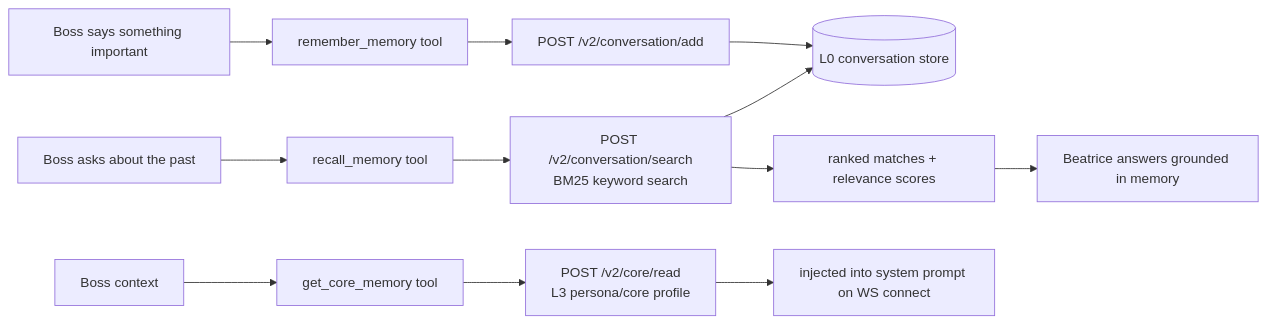
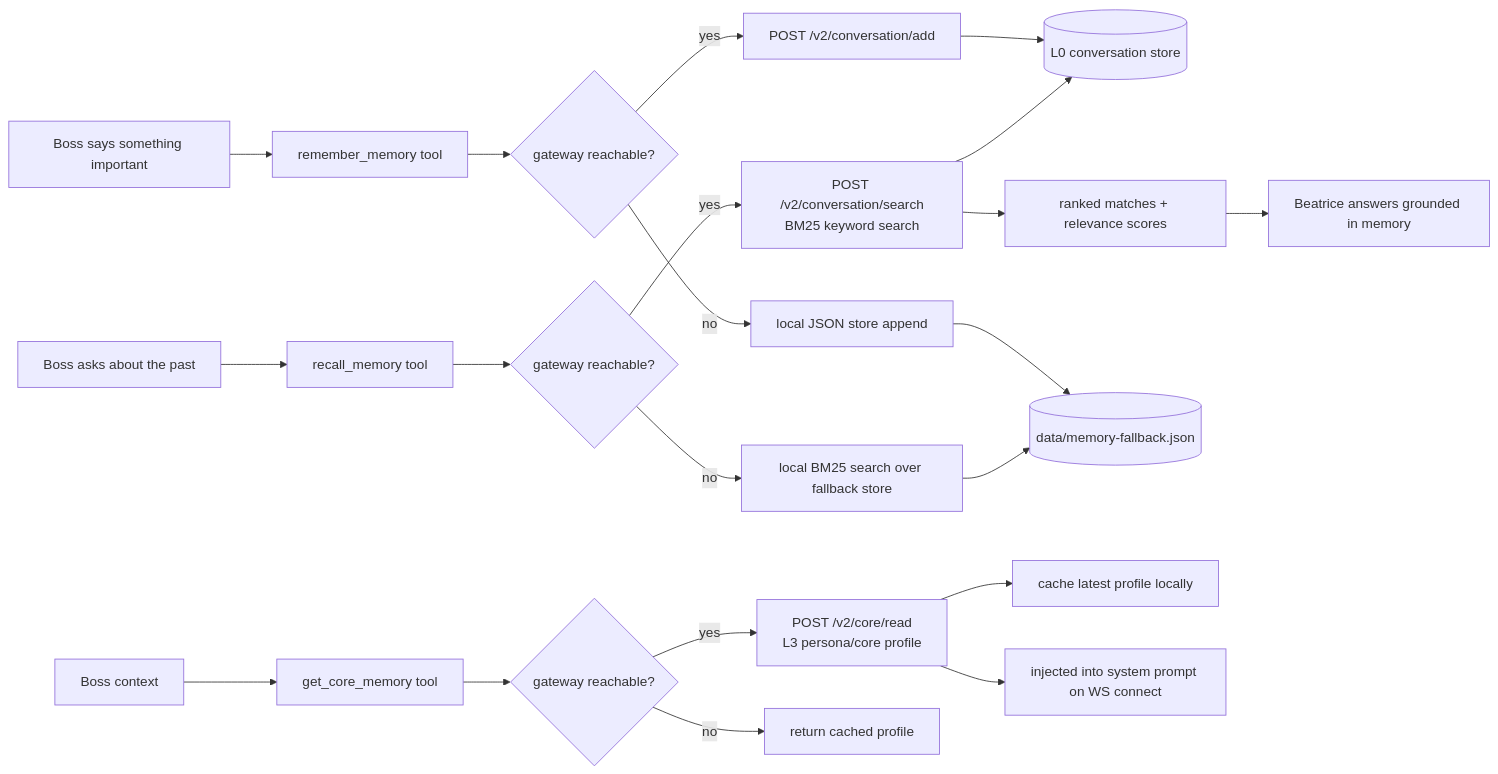
Before and after one commit to lovegold120221-dot/remix-beatrice-oss: the fifth of 9 diagrams in FLOW.md, drawn with Mermaid. The commit also changed other lines of this file and 2 other files, not shown here.

Commit message:
docs: refresh FLOW.md/APP_LOGIC.md for auth, skill routing, declarations, memory fallback, video queue, task store

````diff
--- a/FLOW.md
+++ b/FLOW.md
@@ -112,14 +151,23 @@
 ```mermaid
 flowchart LR
     U[Boss says something important] --> R[remember_memory tool]
-    R --> ADD[POST /v2/conversation/add]
+    R --> GW{gateway reachable?}
+    GW -->|yes| ADD[POST /v2/conversation/add]
+    GW -->|no| FB1[local JSON store append]
     ADD --> L0[(L0 conversation store)]
     Q[Boss asks about the past] --> RC[recall_memory tool]
-    RC --> SRCH[POST /v2/conversation/search<br/>BM25 keyword search]
+    RC --> GW2{gateway reachable?}
+    GW2 -->|yes| SRCH[POST /v2/conversation/search<br/>BM25 keyword search]
+    GW2 -->|no| FB2[local BM25 search over fallback store]
     SRCH --> L0
     SRCH --> HITS[ranked matches + relevance scores]
+    FB1 --> FBF[(data/memory-fallback.json)]
+    FB2 --> FBF
     HITS --> SPOKEN[Beatrice answers grounded in memory]
     CORE[Boss context] --> C[get_core_memory tool]
-    C --> CR[POST /v2/core/read<br/>L3 persona/core profile]
+    C --> GW3{gateway reachable?}
+    GW3 -->|yes| CR[POST /v2/core/read<br/>L3 persona/core profile]
+    CR --> CACHE[cache latest profile locally]
+    GW3 -->|no| CACHED[return cached profile]
     CR --> INJ[injected into system prompt on WS connect]
 ```
````
